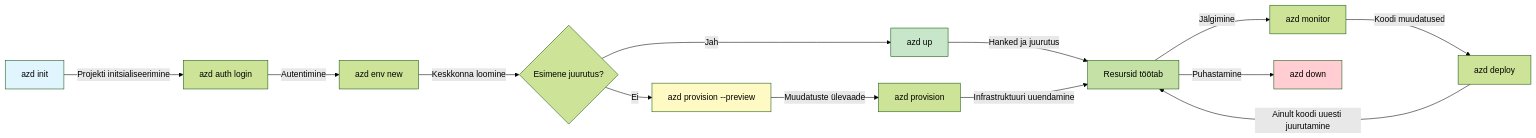
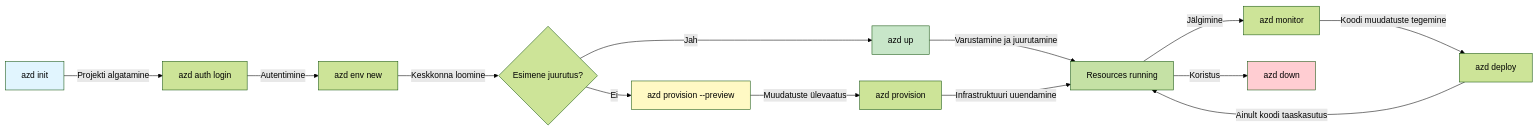
Before and after one commit to microsoft/AZD-for-beginners: the first of 2 diagrams in translations/et/docs/chapter-01-foundation/azd-basics.md, drawn with Mermaid (forest theme). The commit also changed other lines of this file and 1 other file, not shown here.

````diff
--- a/translations/et/docs/chapter-01-foundation/azd-basics.md
+++ b/translations/et/docs/chapter-01-foundation/azd-basics.md
@@ -269,21 +269,21 @@
 ```mermaid
 graph LR
-    A[azd init] -->|Projekti initsialiseerimine| B[azd auth login]
+    A[azd init] -->|Projekti algatamine| B[azd auth login]
     B -->|Autentimine| C[azd env new]
     C -->|Keskkonna loomine| D{Esimene juurutus?}
     D -->|Jah| E[azd up]
     D -->|Ei| F[azd provision --preview]
-    F -->|Muudatuste ülevaade| G[azd provision]
-    E -->|Hanked ja juurutus| H[Resursid töötab]
+    F -->|Muudatuste ülevaatus| G[azd provision]
+    E -->|Varustamine ja juurutamine| H[Resources running]
     G -->|Infrastruktuuri uuendamine| H
     H -->|Jälgimine| I[azd monitor]
-    I -->|Koodi muudatused| J[azd deploy]
-    J -->|Ainult koodi uuesti juurutamine| H
-    H -->|Puhastamine| K[azd down]
+    I -->|Koodi muudatuste tegemine| J[azd deploy]
+    J -->|Ainult koodi taaskasutus| H
+    H -->|Koristus| K[azd down]
     
     style A fill:#e1f5fe
     style E fill:#c8e6c9
     style F fill:#fff9c4
     style H fill:#c5e1a5
     style K fill:#ffcdd2
 ```
````
